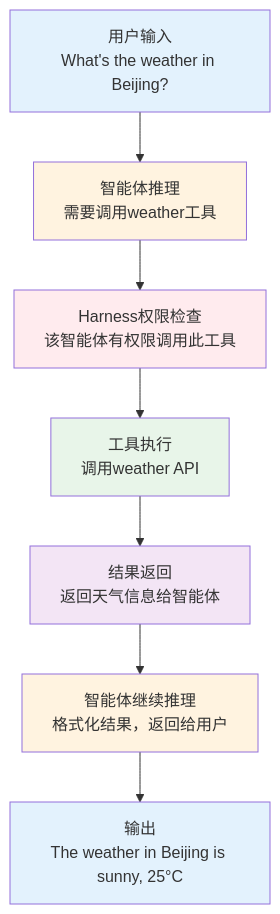
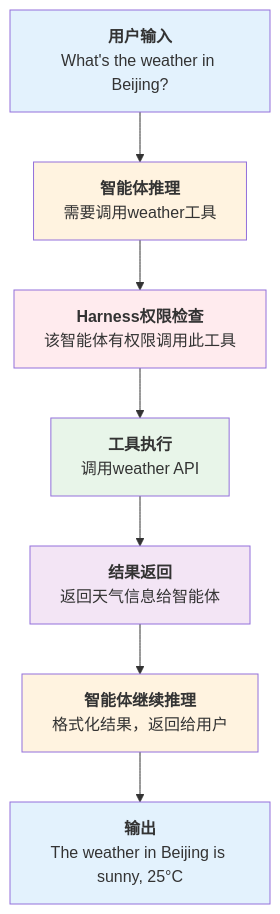
One commit to yeasy/harness_engineering_guide changed the diagram in 01_harness_intro/1.5_miniharness_intro.md. Above: the diagram before and after it, drawn with Mermaid. The commit also changed 26 other files, not shown here.

Commit message:
Add bold titles to Mermaid diagram nodes

````diff
--- a/01_harness_intro/1.5_miniharness_intro.md
+++ b/01_harness_intro/1.5_miniharness_intro.md
@@ -147,17 +147,17 @@
 ```mermaid
 flowchart TD
-    A["用户输入<br/>What's the weather in Beijing?"] --> B["智能体推理<br/>需要调用weather工具"]
-    B --> C["Harness权限检查<br/>该智能体有权限调用此工具"]
-    C --> D["工具执行<br/>调用weather API"]
-    D --> E["结果返回<br/>返回天气信息给智能体"]
-    E --> F["智能体继续推理<br/>格式化结果，返回给用户"]
-    F --> G["输出<br/>The weather in Beijing is sunny, 25°C"]
+    A["<b>用户输入</b><br/>What's the weather in Beijing?"] --> B["<b>智能体推理</b><br/>需要调用weather工具"]
+    B --> C["<b>Harness权限检查</b><br/>该智能体有权限调用此工具"]
+    C --> D["<b>工具执行</b><br/>调用weather API"]
+    D --> E["<b>结果返回</b><br/>返回天气信息给智能体"]
+    E --> F["<b>智能体继续推理</b><br/>格式化结果，返回给用户"]
+    F --> G["<b>输出</b><br/>The weather in Beijing is sunny, 25°C"]
 
     style A fill:#e3f2fd
     style B fill:#fff3e0
     style C fill:#ffebee
     style D fill:#e8f5e9
     style E fill:#f3e5f5
     style F fill:#fff3e0
     style G fill:#e3f2fd
 ```
````
